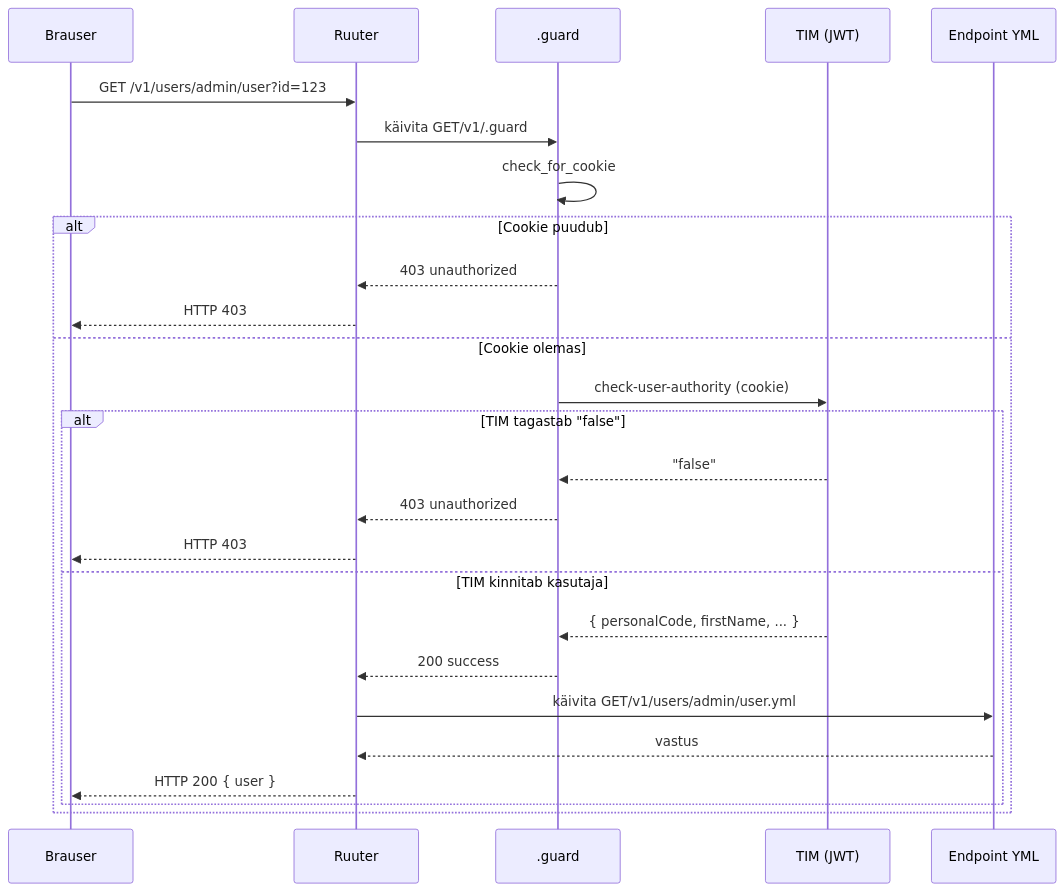
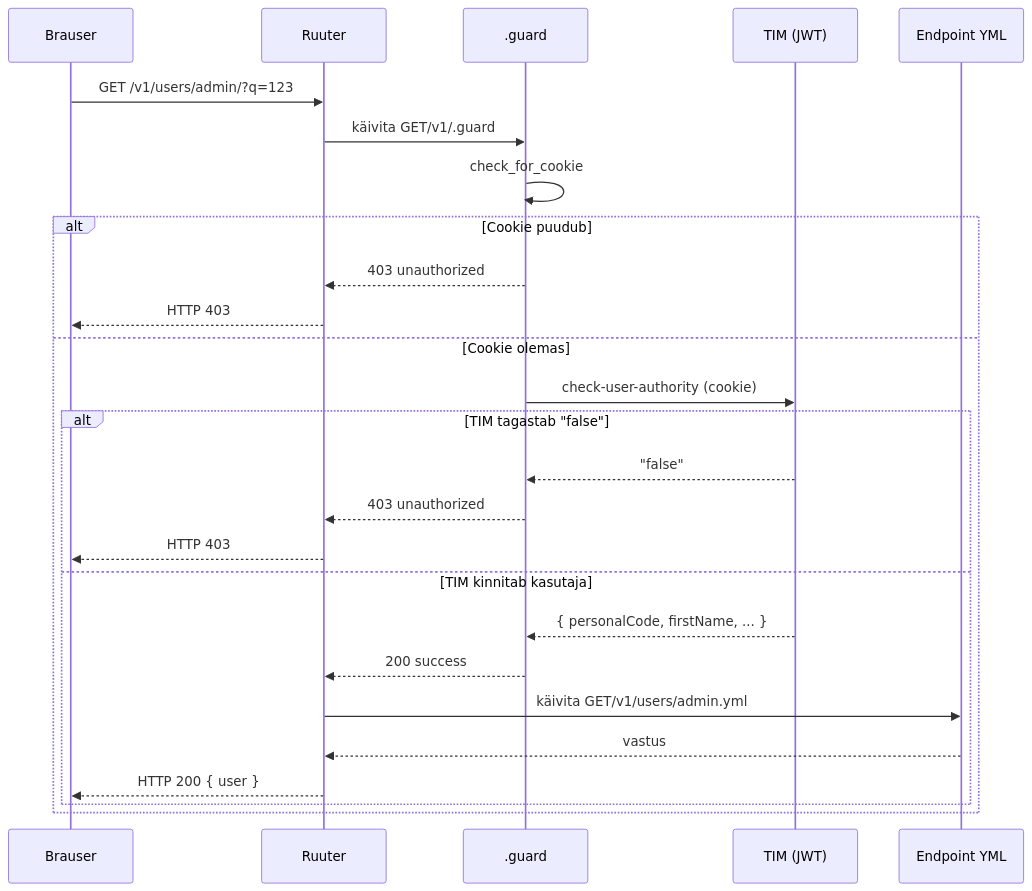
One commit to kemit-ee/ljvis-2 changed the second of 2 diagrams in docs/rest-api-design-guide.md. Above: the diagram before and after it, drawn with Mermaid. The commit also changed other lines of this file and 26 other files, not shown here.

````diff
--- a/docs/rest-api-design-guide.md
+++ b/docs/rest-api-design-guide.md
@@ -240,29 +250,29 @@
 ```mermaid
 sequenceDiagram
     participant B as Brauser
     participant R as Ruuter
     participant G as .guard
     participant T as TIM (JWT)
     participant E as Endpoint YML
 
-    B->>R: GET /v1/users/admin/user?id=123
+    B->>R: GET /v1/users/admin/?q=123
     R->>G: käivita GET/v1/.guard
     G->>G: check_for_cookie
     alt Cookie puudub
         G-->>R: 403 unauthorized
         R-->>B: HTTP 403
     else Cookie olemas
         G->>T: check-user-authority (cookie)
         alt TIM tagastab "false"
             T-->>G: "false"
             G-->>R: 403 unauthorized
             R-->>B: HTTP 403
         else TIM kinnitab kasutaja
             T-->>G: { personalCode, firstName, ... }
             G-->>R: 200 success
-            R->>E: käivita GET/v1/users/admin/user.yml
+            R->>E: käivita GET/v1/users/admin.yml
             E-->>R: vastus
             R-->>B: HTTP 200 { user }
         end
     end
 ```
````
